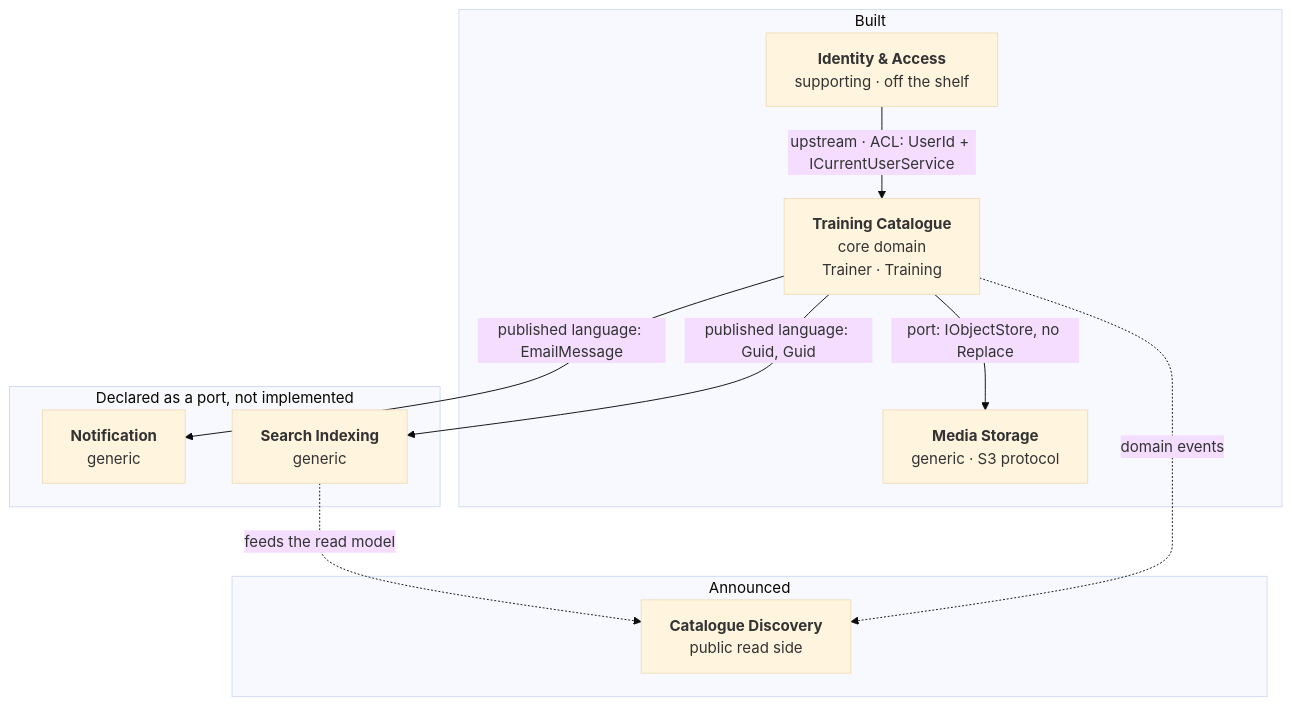
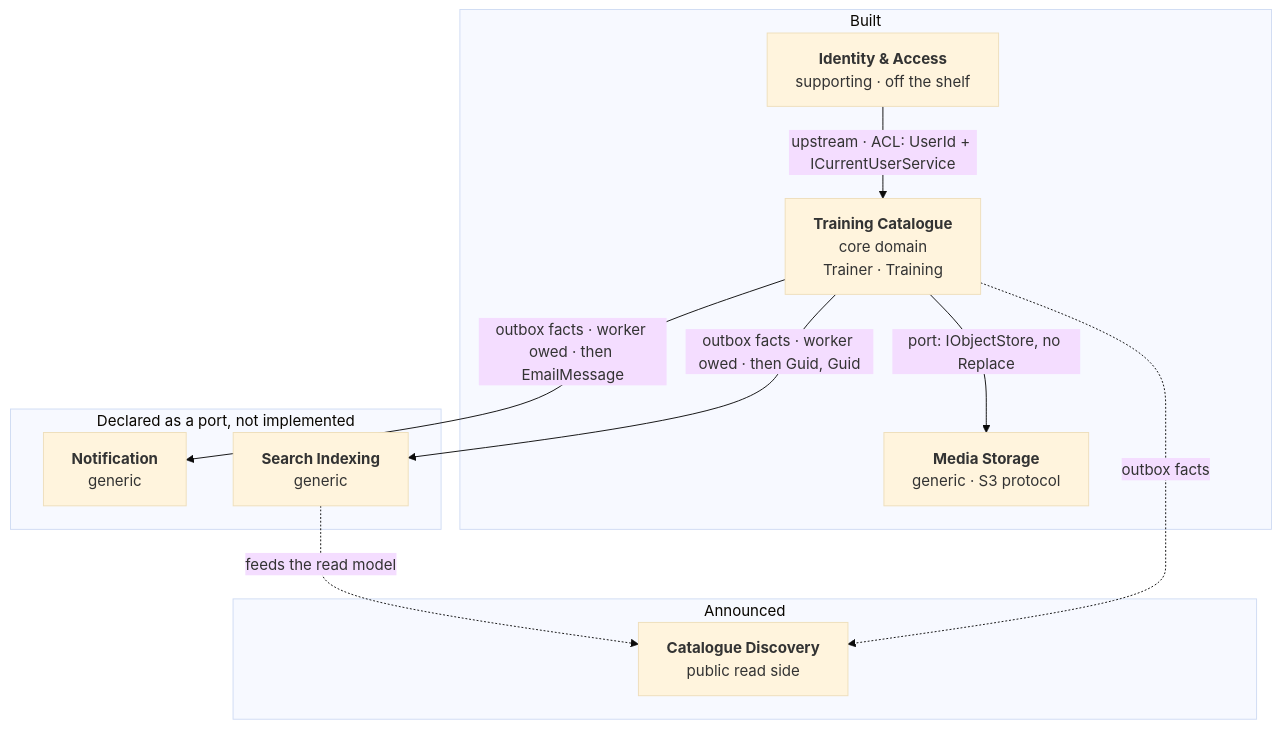
One commit to maxime-poulain/BLRefactoring changed the diagram in docs/strategic-design/context-map.md. Above: the diagram before and after it, drawn with Mermaid (base theme). The commit also changed other lines of this file and 43 other files, not shown here.

````diff
--- a/docs/strategic-design/context-map.md
+++ b/docs/strategic-design/context-map.md
@@ -9,24 +9,24 @@
 ```mermaid
 flowchart TB
     subgraph built ["Built"]
         TC["<b>Training Catalogue</b><br/>core domain<br/>Trainer · Training"]
         IA["<b>Identity &amp; Access</b><br/>supporting · off the shelf"]
         MS["<b>Media Storage</b><br/>generic · S3 protocol"]
     end
 
     subgraph ports ["Declared as a port, not implemented"]
         NT["<b>Notification</b><br/>generic"]
         SI["<b>Search Indexing</b><br/>generic"]
     end
 
     subgraph planned ["Announced"]
         CD["<b>Catalogue Discovery</b><br/>public read side"]
     end
 
     IA -- "upstream · ACL: UserId + ICurrentUserService" --> TC
-    TC -- "published language: EmailMessage" --> NT
-    TC -- "published language: Guid, Guid" --> SI
+    TC -- "outbox facts · worker owed · then EmailMessage" --> NT
+    TC -- "outbox facts · worker owed · then Guid, Guid" --> SI
     TC -- "port: IObjectStore, no Replace" --> MS
     SI -. "feeds the read model" .-> CD
-    TC -. "domain events" .-> CD
+    TC -. "outbox facts" .-> CD
 ```
````
